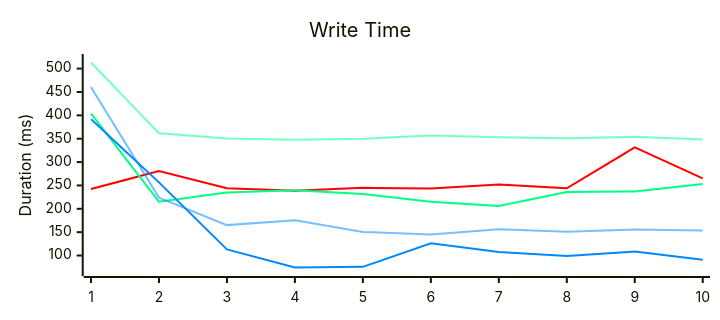
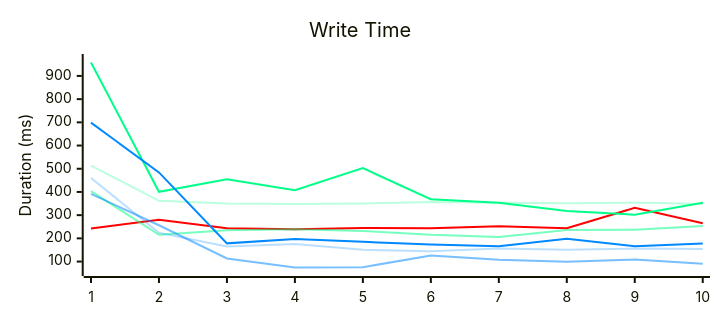
The third of 3 diagrams in README.md (RDCN-Community-Developers/RhythmToolkit), drawn with Mermaid before and after one commit. The commit also changed other lines of this file and 3 other files, not shown here.

````diff
--- a/README.md
+++ b/README.md
@@ -141,23 +145,27 @@
 ```mermaid
 ---
 config:
     xyChart:
         height: 300
     themeVariables:
         xyChart:
-            plotColorPalette: '#F00, #0F88, #0F8, #08F8, #08F'
+            plotColorPalette: '#F00, #0F84, #0F88,  #0F8, #08F4, #08F8, #08F'
 ---
 xychart
   title "Write Time"
     y-axis "Duration (ms)"
     %% RDLE
     line [242.5163, 280.5837, 243.9327, 238.8927, 244.9178, 243.3303, 251.8815, 243.9217, 331.3641, 265.0274]
     %% RDTK .NET Standard 2.0 v1.3.4
     line [513.1026, 361.6694, 350.3818, 347.8336, 349.8539, 356.7689, 353.0014, 350.7653, 354.2552, 348.2180]
     %% RDTK .NET Standard 2.0 v1.3.9
     line [403.8953,215.1384,235.0083,239.653,231.9253,215.1407,205.9433,235.8352,237.2161,252.8412]
+    %% RDTK .NET Standard 2.0 v1.3.10
+    line [957.9152,400.5677,455.1585,407.3626,502.6389,368.7282,353.2296,318.1908,301.9918,353.8679]
     %% RDTK .NET 8.0 v1.3.4
     line [460.3911, 224.0186, 165.0900, 175.7229, 150.6010, 144.8973, 155.9880, 150.8031, 155.9035, 153.7161]
     %% RDTK .NET 8.0 v1.3.9
     line [391.9549,256.5255,113.1473,74.3901,75.7604,126.1112,107.5059,99.014,108.391,90.731]
+    %% RDTK .NET 8.0 v1.3.10
+    line [698.7611,484.2373,178.4038,197.1148,184.9861,173.7393,165.887,198.4509,166.2143,178.2211]
 ```
````
